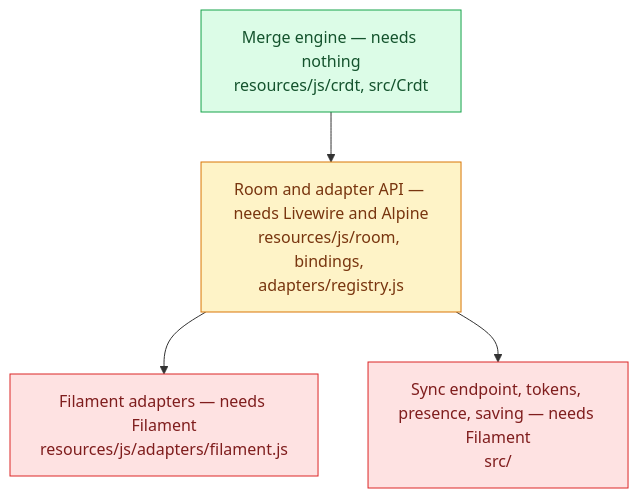
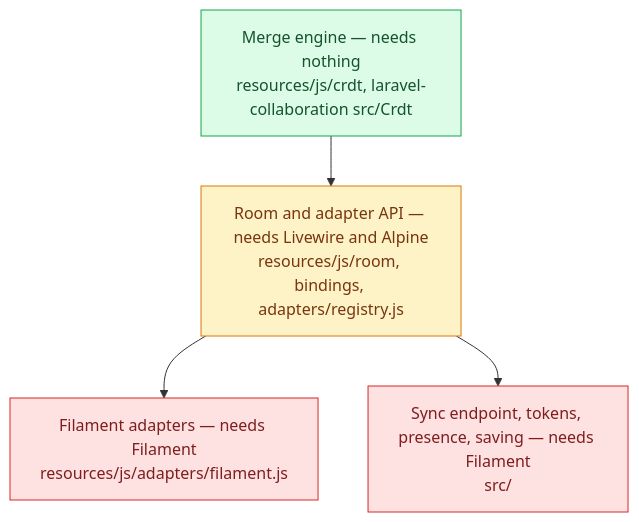
One commit to solutionforest/filament-collaboration changed the third of 3 diagrams in docs/how-it-works.md. Above: the diagram before and after it, drawn with Mermaid. The commit also changed other lines of this file and 135 other files, not shown here.

First line of the commit message:
refactor: build on solutionforest/laravel-collaboration

````diff
--- a/docs/how-it-works.md
+++ b/docs/how-it-works.md
@@ -82,17 +82,17 @@
 ```mermaid
 %% Which parts of the package need Filament, Livewire or Laravel.
 flowchart TB
-    engine["Merge engine — needs nothing\nresources/js/crdt, src/Crdt"]
+    engine["Merge engine — needs nothing\nresources/js/crdt, laravel-collaboration src/Crdt"]
     room["Room and adapter API — needs Livewire and Alpine\nresources/js/room, bindings, adapters/registry.js"]
     filamentAdapters["Filament adapters — needs Filament\nresources/js/adapters/filament.js"]
     server["Sync endpoint, tokens, presence, saving — needs Filament\nsrc/"]
     engine --> room
     room --> filamentAdapters
     room --> server
     classDef free fill:#dcfce7,stroke:#16a34a,color:#14532d
     classDef livewire fill:#fef3c7,stroke:#d97706,color:#78350f
     classDef filament fill:#fee2e2,stroke:#dc2626,color:#7f1d1d
     class engine free
     class room livewire
     class filamentAdapters,server filament
 ```
````
